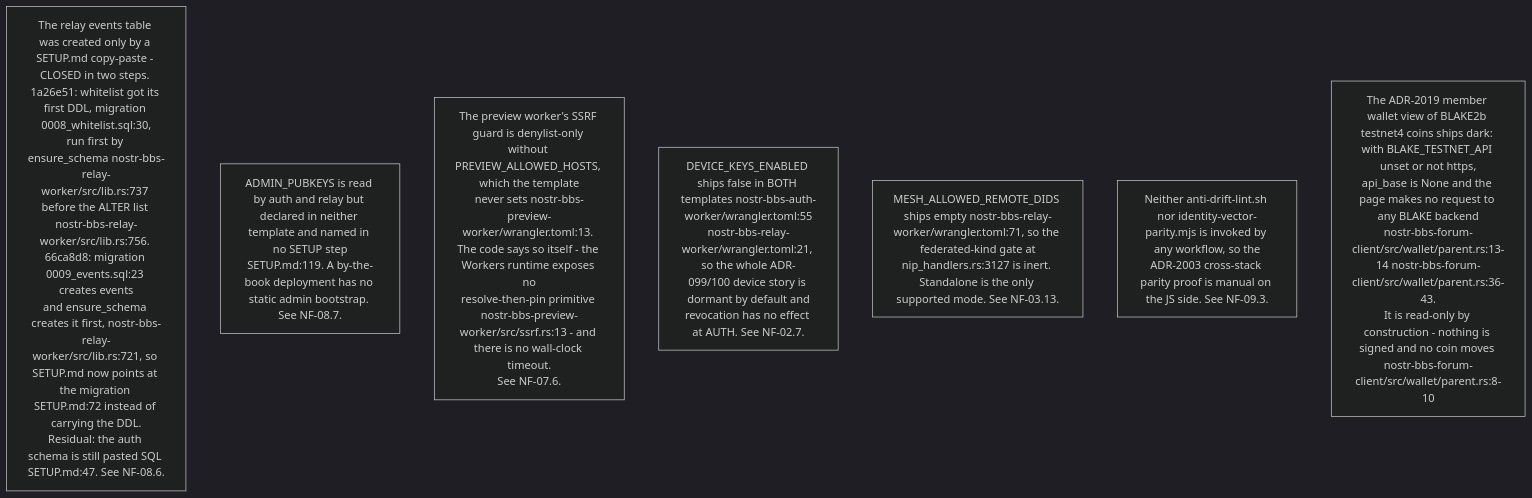
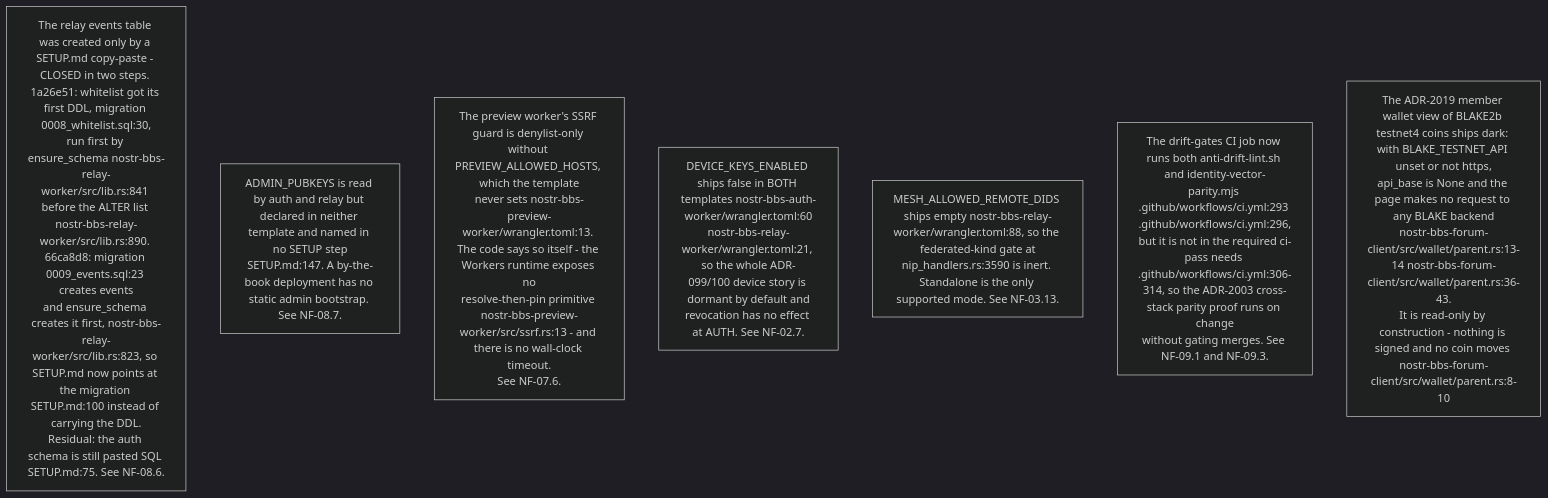
One commit to DreamLab-AI/VisionFlow changed the sixth of 10 diagrams in docs/diagrams/nostr-rust-forum/10-invariants-and-anomaly-register.md. Above: the diagram before and after it, drawn with Mermaid (dark theme). The commit also changed other lines of this file and 160 other files, not shown here.

````diff
--- a/docs/diagrams/nostr-rust-forum/10-invariants-and-anomaly-register.md
+++ b/docs/diagrams/nostr-rust-forum/10-invariants-and-anomaly-register.md
@@ -139,10 +144,10 @@
 ```mermaid
 flowchart TB
-    S1["The relay events table was created only by a SETUP.md copy-paste - CLOSED in two steps. 1a26e51: whitelist got its first DDL, migration 0008_whitelist.sql:30,<br/>run first by ensure_schema nostr-bbs-relay-worker/src/lib.rs:737 before the ALTER list nostr-bbs-relay-worker/src/lib.rs:756. 66ca8d8: migration 0009_events.sql:23 creates events<br/>and ensure_schema creates it first, nostr-bbs-relay-worker/src/lib.rs:721, so SETUP.md now points at the migration SETUP.md:72 instead of carrying the DDL.<br/>Residual: the auth schema is still pasted SQL SETUP.md:47. See NF-08.6."]
-    S2["ADMIN_PUBKEYS is read by auth and relay but declared in neither template and named in no SETUP step<br/>SETUP.md:119. A by-the-book deployment has no static admin bootstrap. See NF-08.7."]
+    S1["The relay events table was created only by a SETUP.md copy-paste - CLOSED in two steps. 1a26e51: whitelist got its first DDL, migration 0008_whitelist.sql:30,<br/>run first by ensure_schema nostr-bbs-relay-worker/src/lib.rs:841 before the ALTER list nostr-bbs-relay-worker/src/lib.rs:890. 66ca8d8: migration 0009_events.sql:23 creates events<br/>and ensure_schema creates it first, nostr-bbs-relay-worker/src/lib.rs:823, so SETUP.md now points at the migration SETUP.md:100 instead of carrying the DDL.<br/>Residual: the auth schema is still pasted SQL SETUP.md:75. See NF-08.6."]
+    S2["ADMIN_PUBKEYS is read by auth and relay but declared in neither template and named in no SETUP step<br/>SETUP.md:147. A by-the-book deployment has no static admin bootstrap. See NF-08.7."]
     S3["The preview worker's SSRF guard is denylist-only without PREVIEW_ALLOWED_HOSTS, which the template<br/>never sets nostr-bbs-preview-worker/wrangler.toml:13. The code says so itself - the Workers runtime exposes no<br/>resolve-then-pin primitive nostr-bbs-preview-worker/src/ssrf.rs:13 - and there is no wall-clock timeout.<br/>See NF-07.6."]
-    S4["DEVICE_KEYS_ENABLED ships false in BOTH templates nostr-bbs-auth-worker/wrangler.toml:55<br/>nostr-bbs-relay-worker/wrangler.toml:21, so the whole ADR-099/100 device story is dormant by default and<br/>revocation has no effect at AUTH. See NF-02.7."]
-    S5["MESH_ALLOWED_REMOTE_DIDS ships empty nostr-bbs-relay-worker/wrangler.toml:71, so the federated-kind gate at<br/>nip_handlers.rs:3127 is inert. Standalone is the only supported mode. See NF-03.13."]
-    S6["Neither anti-drift-lint.sh nor identity-vector-parity.mjs is invoked by any workflow, so the<br/>ADR-2003 cross-stack parity proof is manual on the JS side. See NF-09.3."]
+    S4["DEVICE_KEYS_ENABLED ships false in BOTH templates nostr-bbs-auth-worker/wrangler.toml:60<br/>nostr-bbs-relay-worker/wrangler.toml:21, so the whole ADR-099/100 device story is dormant by default and<br/>revocation has no effect at AUTH. See NF-02.7."]
+    S5["MESH_ALLOWED_REMOTE_DIDS ships empty nostr-bbs-relay-worker/wrangler.toml:88, so the federated-kind gate at<br/>nip_handlers.rs:3590 is inert. Standalone is the only supported mode. See NF-03.13."]
+    S6["The drift-gates CI job now runs both anti-drift-lint.sh and identity-vector-parity.mjs .github/workflows/ci.yml:293 .github/workflows/ci.yml:296,<br/>but it is not in the required ci-pass needs .github/workflows/ci.yml:306-314, so the ADR-2003 cross-stack parity proof runs on change<br/>without gating merges. See NF-09.1 and NF-09.3."]
     S7["The ADR-2019 member wallet view of BLAKE2b testnet4 coins ships dark: with BLAKE_TESTNET_API unset or not https,<br/>api_base is None and the page makes no request to any BLAKE backend<br/>nostr-bbs-forum-client/src/wallet/parent.rs:13-14 nostr-bbs-forum-client/src/wallet/parent.rs:36-43.<br/>It is read-only by construction - nothing is signed and no coin moves nostr-bbs-forum-client/src/wallet/parent.rs:8-10"]
 ```
````
